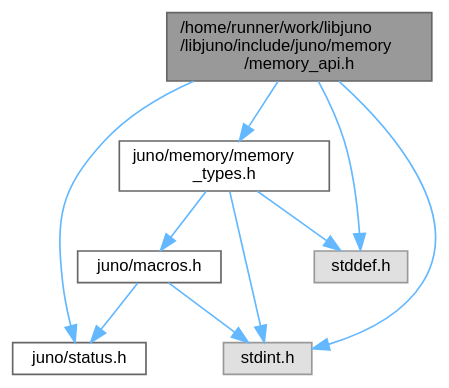
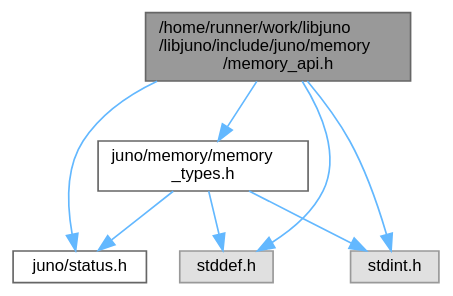
The diagram in memory__api_8h__incl.dot (robinonsay/libjuno), drawn with Graphviz before and after one commit. The commit also changed 164 other files, not shown here.

```diff
--- a/memory__api_8h__incl.dot
+++ b/memory__api_8h__incl.dot
@@ -1,22 +1,19 @@
 digraph "/home/runner/work/libjuno/libjuno/include/juno/memory/memory_api.h"
 {
  // LATEX_PDF_SIZE
   bgcolor="transparent";
   edge [fontname=Helvetica,fontsize=10,labelfontname=Helvetica,labelfontsize=10];
   node [fontname=Helvetica,fontsize=10,shape=box,height=0.2,width=0.4];
   Node1 [id="Node000001",label="/home/runner/work/libjuno\l/libjuno/include/juno/memory\l/memory_api.h",height=0.2,width=0.4,color="gray40", fillcolor="grey60", style="filled", fontcolor="black",tooltip=" "];
   Node1 -> Node2 [id="edge1_Node000001_Node000002",color="steelblue1",style="solid",tooltip=" "];
   Node2 [id="Node000002",label="juno/status.h",height=0.2,width=0.4,color="grey40", fillcolor="white", style="filled",URL="$status_8h.html",tooltip=" "];
   Node1 -> Node3 [id="edge2_Node000001_Node000003",color="steelblue1",style="solid",tooltip=" "];
   Node3 [id="Node000003",label="stddef.h",height=0.2,width=0.4,color="grey60", fillcolor="#E0E0E0", style="filled",tooltip=" "];
   Node1 -> Node4 [id="edge3_Node000001_Node000004",color="steelblue1",style="solid",tooltip=" "];
   Node4 [id="Node000004",label="stdint.h",height=0.2,width=0.4,color="grey60", fillcolor="#E0E0E0", style="filled",tooltip=" "];
   Node1 -> Node5 [id="edge4_Node000001_Node000005",color="steelblue1",style="solid",tooltip=" "];
   Node5 [id="Node000005",label="juno/memory/memory\l_types.h",height=0.2,width=0.4,color="grey40", fillcolor="white", style="filled",URL="$memory__types_8h.html",tooltip=" "];
-  Node5 -> Node6 [id="edge5_Node000005_Node000006",color="steelblue1",style="solid",tooltip=" "];
-  Node6 [id="Node000006",label="juno/macros.h",height=0.2,width=0.4,color="grey40", fillcolor="white", style="filled",URL="$macros_8h.html",tooltip=" "];
-  Node6 -> Node2 [id="edge6_Node000006_Node000002",color="steelblue1",style="solid",tooltip=" "];
-  Node6 -> Node4 [id="edge7_Node000006_Node000004",color="steelblue1",style="solid",tooltip=" "];
-  Node5 -> Node3 [id="edge8_Node000005_Node000003",color="steelblue1",style="solid",tooltip=" "];
-  Node5 -> Node4 [id="edge9_Node000005_Node000004",color="steelblue1",style="solid",tooltip=" "];
+  Node5 -> Node3 [id="edge5_Node000005_Node000003",color="steelblue1",style="solid",tooltip=" "];
+  Node5 -> Node4 [id="edge6_Node000005_Node000004",color="steelblue1",style="solid",tooltip=" "];
+  Node5 -> Node2 [id="edge7_Node000005_Node000002",color="steelblue1",style="solid",tooltip=" "];
 }
```
